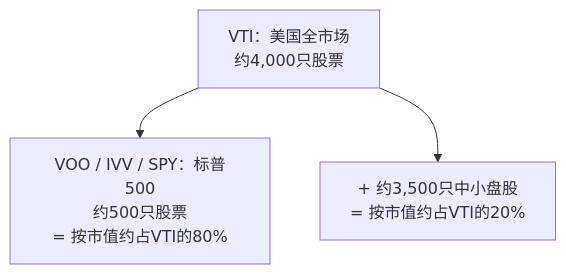
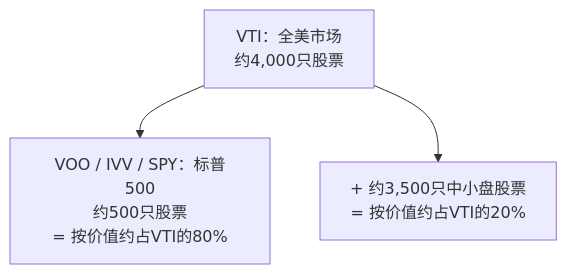
One commit to chanmainvest/tutorial changed the third of 4 diagrams in course_cn/week02_index_funds_etfs.md. Above: the diagram before and after it, drawn with Mermaid. The commit also changed other lines of this file and 451 other files, not shown here.

````diff
--- a/course_cn/week02_index_funds_etfs.md
+++ b/course_cn/week02_index_funds_etfs.md
@@ -272,6 +272,6 @@
 ```mermaid
 flowchart TD
-    A[VTI：美国全市场<br/>约4,000只股票]
-    A --> B[VOO / IVV / SPY：标普500<br/>约500只股票<br/>= 按市值约占VTI的80%]
-    A --> C[+ 约3,500只中小盘股<br/>= 按市值约占VTI的20%]
+    A[VTI：全美市场<br/>约4,000只股票]
+    A --> B[VOO / IVV / SPY：标普500<br/>约500只股票<br/>= 按价值约占VTI的80%]
+    A --> C[+ 约3,500只中小盘股票<br/>= 按价值约占VTI的20%]
 ```
````
